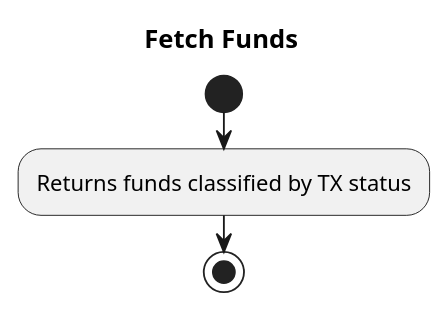
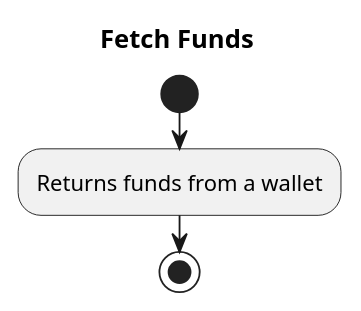
Before and after one commit to Farber98/vagas: the diagram in internal/docs/activityDiagrams/fetchFunds.puml, drawn with PlantUML. The commit also changed 4 other files, not shown here.

Commit message:
added wallets to diagram.

```diff
--- a/internal/docs/activityDiagrams/fetchFunds.puml
+++ b/internal/docs/activityDiagrams/fetchFunds.puml
@@ -1,6 +1,6 @@
 @startuml
 start
 title Fetch Funds
-:Returns funds classified by TX status;
+:Returns funds from a wallet;
 stop
 @enduml
```
